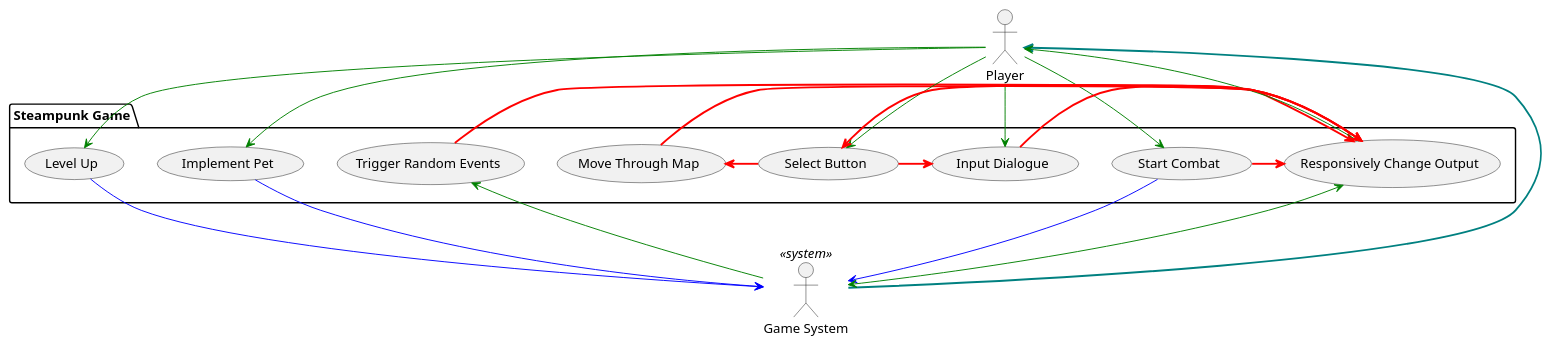
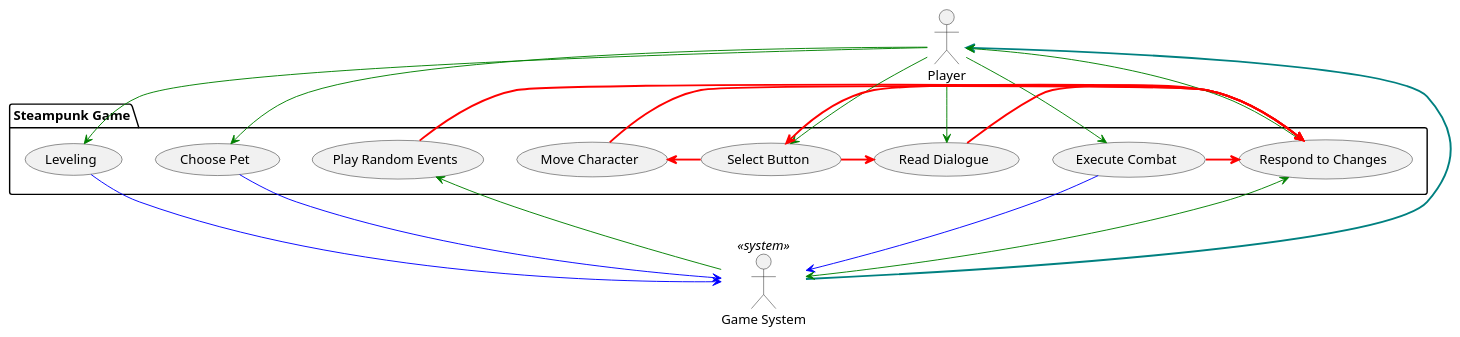
The diagram in vision.md (BillCheng9/Steampunk-Game), drawn with PlantUML before and after one commit.

````diff
--- a/vision.md
+++ b/vision.md
@@ -37,65 +37,65 @@
 ```plantuml
 
 @startuml
 
 
 ' human actors
 actor "Player" as player
 
 ' system actors
 actor "Game System" <<system>> as gameSystem
 
 ' list all use cases in package
 package "Steampunk Game" {
-usecase "Start Combat" as combat
-usecase "Input Dialogue" as dialInput
-usecase "Implement Pet" as petSystem
+usecase "Execute Combat" as combat
+usecase "Read Dialogue" as dialInput
+usecase "Choose Pet" as petSystem
 usecase "Select Button" as butSelection
-usecase "Level Up" as levelSystem
-usecase "Responsively Change Output" as resChange
-usecase "Trigger Random Events" as RNG
-usecase "Move Through Map" as charMove
+usecase "Leveling" as levelSystem
+usecase "Respond to Changes" as resChange
+usecase "Play Random Events" as RNG
+usecase "Move Character" as charMove
 }
 
 ' list relationships between actors and use cases
 
 ' Loop
 gameSystem -up-> player #line:teal;line.bold
 
 ' Combat
 player -down-> combat #line:green
 combat -right->  resChange #line:red;line.bold
 combat -down-> gameSystem #line:blue
 
 ' Dialogue Input
 player -down-> dialInput #line:green
 dialInput -> resChange #line:red;line.bold
 
 ' Character Movement
 charMove -> resChange #line:red;line.bold
 
 ' Pets System
 player -down-> petSystem #line:green
 petSystem -down-> gameSystem #line:blue
 
 ' Random Events
 gameSystem -up-> RNG #line:green
 RNG -right-> resChange #line:red;line.bold
 resChange -up-> player #line:green
 
 ' Button Selection
 player -down-> butSelection #line:green
 butSelection -left-> charMove #line:red;line.bold
 butSelection <-right-> resChange #line:red;line.bold
 butSelection -right-> dialInput #line:red;line.bold
 
 ' Leveling System
 player -down-> levelSystem #line:green
 levelSystem -down-> gameSystem #line:blue
 
 ' Responsive Changes
 gameSystem <-up-> resChange #line:green
 
 @enduml
 
 ```
````
